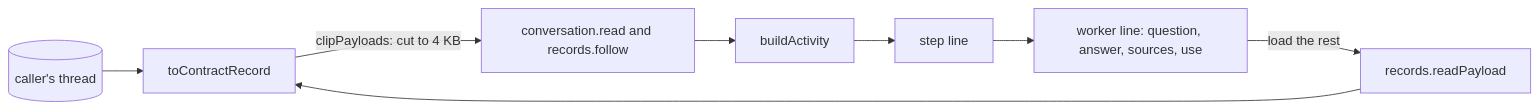
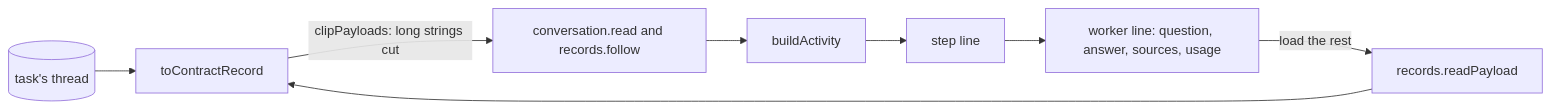
One commit to zgeoff/nixie changed the diagram in docs/design/queue/task-view-records.md. Above: the diagram before and after it, drawn with Mermaid. The commit also changed other lines of this file and 3 other files, not shown here.

````diff
--- a/docs/design/queue/task-view-records.md
+++ b/docs/design/queue/task-view-records.md
@@ -24,10 +36,10 @@
 ```mermaid
 flowchart LR
-  log[(caller's thread)] --> map[toContractRecord]
-  map -->|"clipPayloads: cut to 4 KB"| read["conversation.read and records.follow"]
+  log[(task's thread)] --> map[toContractRecord]
+  map -->|"clipPayloads: long strings cut"| read["conversation.read and records.follow"]
   read --> activity[buildActivity]
   activity --> step[step line]
-  step --> worker["worker line: question, answer, sources, use"]
+  step --> worker["worker line: question, answer, sources, usage"]
   worker -->|"load the rest"| whole["records.readPayload"]
   whole --> map
 ```
````
